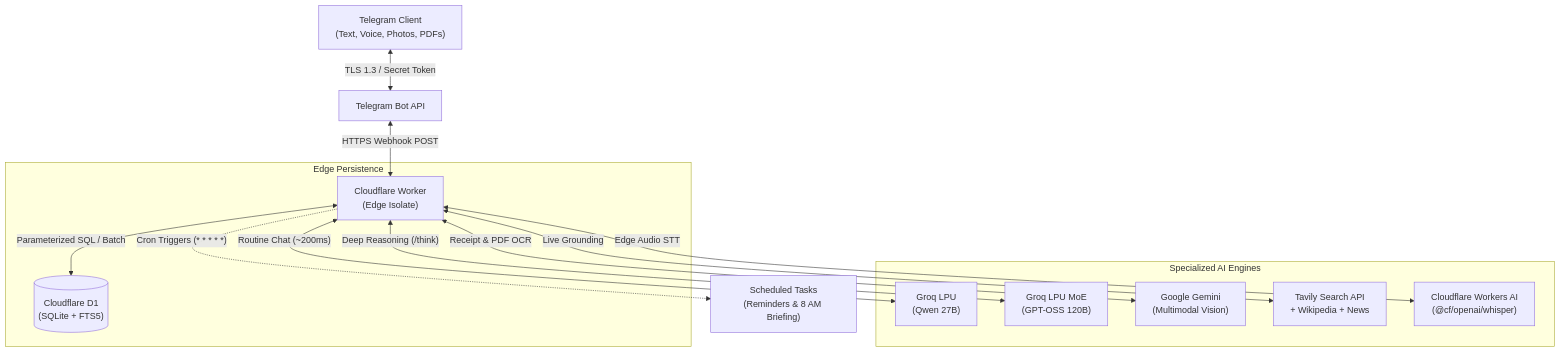
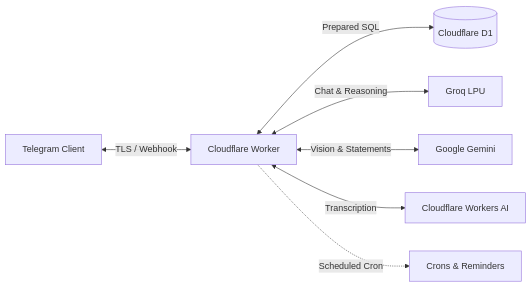
The diagram in README.md (Sopheaktraleng/friday-ai), drawn with Mermaid before and after one commit. The commit also changed other lines of this file and 12 other files, not shown here.

````diff
--- a/README.md
+++ b/README.md
@@ -129,19 +18,9 @@
 ```mermaid
-flowchart TD
-    User["Telegram Client\n(Text, Voice, Photos, PDFs)"] <-->|"TLS 1.3 / Secret Token"| TG["Telegram Bot API"]
-    TG <-->|"HTTPS Webhook POST"| CF["Cloudflare Worker\n(Edge Isolate)"]
-    
-    subgraph Storage ["Edge Persistence"]
-        CF <-->|"Parameterized SQL / Batch"| D1[("Cloudflare D1\n(SQLite + FTS5)")]
-    end
-    
-    subgraph MultiAI ["Specialized AI Engines"]
-        CF <-->|"Routine Chat (~200ms)"| GroqFast["Groq LPU\n(Qwen 27B)"]
-        CF <-->|"Deep Reasoning (/think)"| GroqThink["Groq LPU MoE\n(GPT-OSS 120B)"]
-        CF <-->|"Receipt & PDF OCR"| GeminiVision["Google Gemini\n(Multimodal Vision)"]
-        CF <-->|"Live Grounding"| TavilySearch["Tavily Search API\n+ Wikipedia + News"]
-        CF <-->|"Edge Audio STT"| WorkersAI["Cloudflare Workers AI\n(@cf/openai/whisper)"]
-    end
-    
-    CF -.->|"Cron Triggers (* * * * *)"| Cron["Scheduled Tasks\n(Reminders & 8 AM Briefing)"]
+flowchart LR
+    User["Telegram Client"] <-->|"TLS / Webhook"| Worker["Cloudflare Worker"]
+    Worker <-->|"Prepared SQL"| D1[("Cloudflare D1")]
+    Worker <-->|"Chat & Reasoning"| Groq["Groq LPU"]
+    Worker <-->|"Vision & Statements"| Gemini["Google Gemini"]
+    Worker <-->|"Transcription"| WorkersAI["Cloudflare Workers AI"]
+    Worker -.->|"Scheduled Cron"| Cron["Crons & Reminders"]
 ```
````
